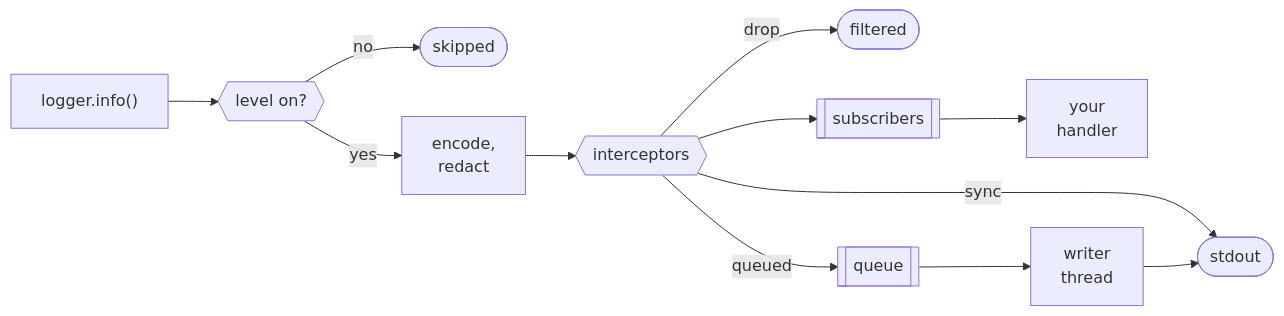
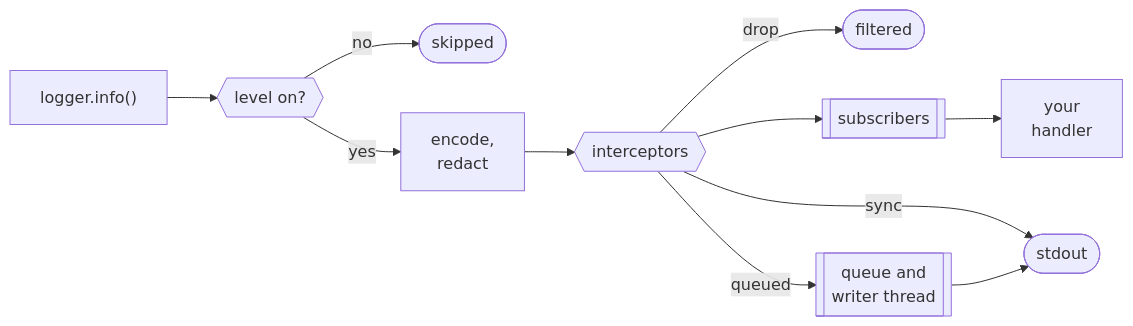
Before and after one commit to vkiryakov/zefir: the first of 7 diagrams in src/log/examples/README.md, drawn with Mermaid.

Commit message:
Fit the record's path diagram to the page width

````diff
--- a/src/log/examples/README.md
+++ b/src/log/examples/README.md
@@ -64,14 +64,13 @@
 ```mermaid
 flowchart LR
     call["logger.info()"] --> level{{"level on?"}}
     level -->|no| skipped(["skipped"])
     level -->|yes| encode["encode,<br/>redact"]
     encode --> hooks{{"interceptors"}}
     hooks -->|drop| filtered(["filtered"])
     hooks --> subs[["subscribers"]]
     subs --> handler["your<br/>handler"]
     hooks -->|sync| stdout(["stdout"])
-    hooks -->|queued| queue[["queue"]]
-    queue --> writer["writer<br/>thread"]
+    hooks -->|queued| writer[["queue and<br/>writer thread"]]
     writer --> stdout
 ```
````
